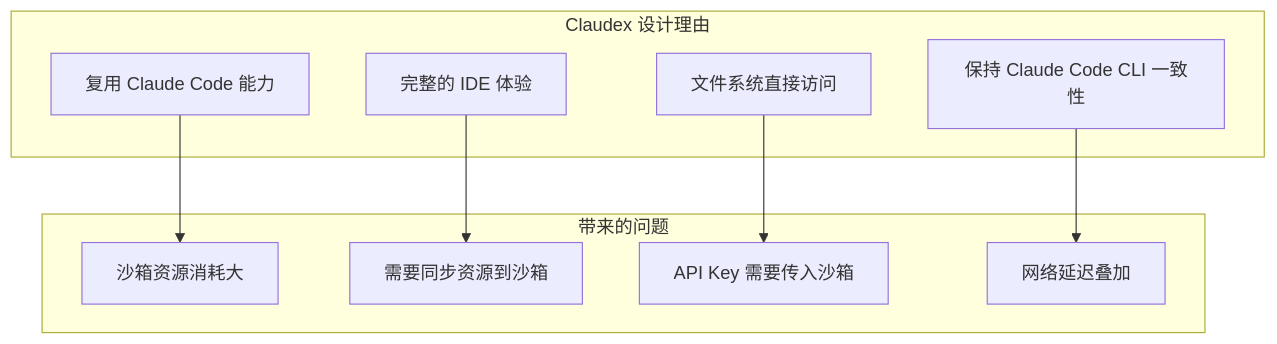
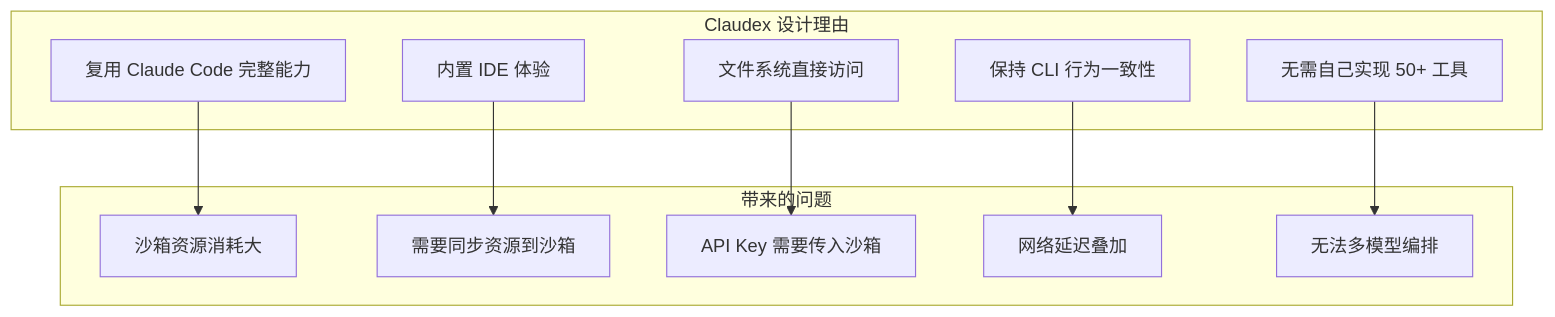
Before and after one commit to yy-dev7/claudex: diagram 21 of 23 in docs/sandbox-lifecycle-analysis.md, drawn with Mermaid. The commit also changed other lines of this file, not shown here.

First line of the commit message:
Correct Manus architecture analysis based on research

````diff
--- a/docs/sandbox-lifecycle-analysis.md
+++ b/docs/sandbox-lifecycle-analysis.md
@@ -974,21 +1090,24 @@
 ```mermaid
 graph TB
     subgraph "Claudex 设计理由"
-        R1[复用 Claude Code 能力]
-        R2[完整的 IDE 体验]
+        R1[复用 Claude Code 完整能力]
+        R2[内置 IDE 体验]
         R3[文件系统直接访问]
-        R4[保持 Claude Code CLI 一致性]
+        R4[保持 CLI 行为一致性]
+        R5[无需自己实现 50+ 工具]
     end
 
     subgraph "带来的问题"
         P1[沙箱资源消耗大]
         P2[需要同步资源到沙箱]
         P3[API Key 需要传入沙箱]
         P4[网络延迟叠加]
+        P5[无法多模型编排]
     end
 
     R1 --> P1
     R2 --> P2
     R3 --> P3
     R4 --> P4
+    R5 --> P5
 ```
````
